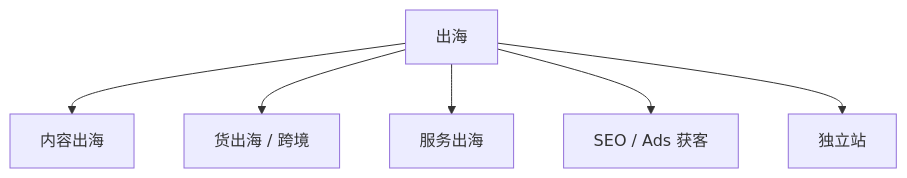
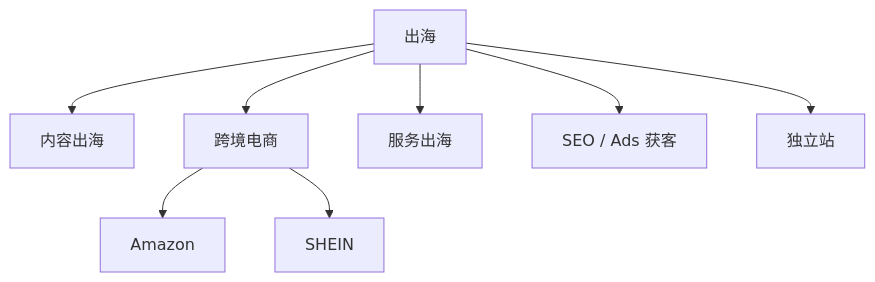
Before and after one commit to inkwen-dev/leiwen.pro: the diagram in playbook/站点/图/overseas.md, drawn with Mermaid. The commit also changed 16 other files, not shown here.

````diff
--- a/playbook/站点/图/overseas.md
+++ b/playbook/站点/图/overseas.md
@@ -5,14 +5,18 @@
 ```mermaid
 flowchart TB
   n1["出海"]
   n2["内容出海"]
   n1 --> n2
-  n3["货出海 / 跨境"]
+  n3["跨境电商"]
   n1 --> n3
+  n7["Amazon"]
+  n3 --> n7
+  n8["SHEIN"]
+  n3 --> n8
   n4["服务出海"]
   n1 --> n4
   n5["SEO / Ads 获客"]
   n1 --> n5
   n6["独立站"]
   n1 --> n6
 ```
````
